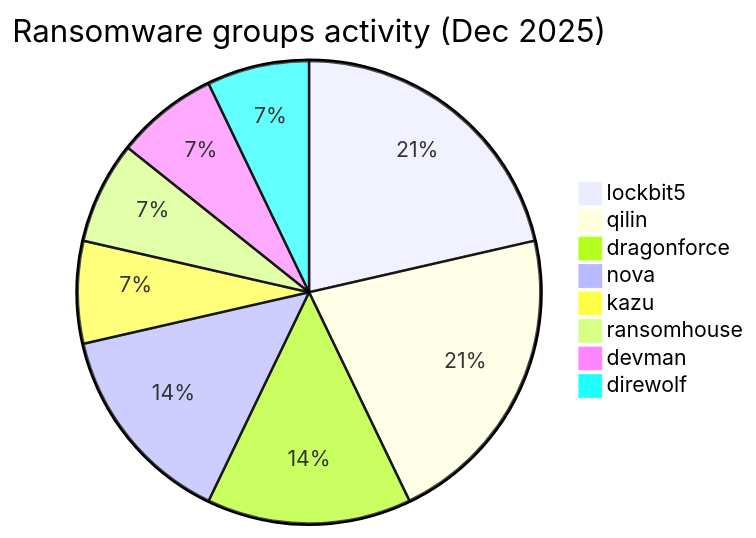
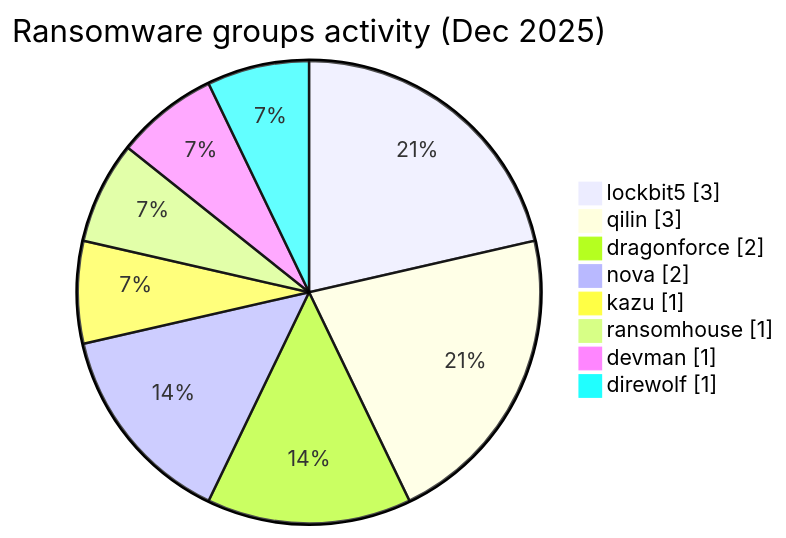
The first of 5 diagrams in CyberAttackAfrica/2025/12-december/README.md (Hatchepsoute/AFRINTEL), drawn with Mermaid before and after one commit. The commit also changed other lines of this file and 182 other files, not shown here.

````diff
--- a/CyberAttackAfrica/2025/12-december/README.md
+++ b/CyberAttackAfrica/2025/12-december/README.md
@@ -45,11 +47,12 @@
 ```mermaid
-pie title Ransomware groups activity (Dec 2025)
+pie showData
+    title Ransomware groups activity (Dec 2025)
     "lockbit5" : 3
     "qilin" : 3
     "dragonforce" : 2
     "nova" : 2
     "kazu" : 1
     "ransomhouse" : 1
     "devman" : 1
     "direwolf" : 1
 ```
````
